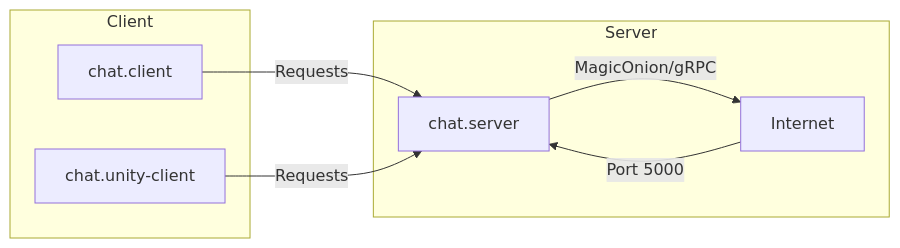
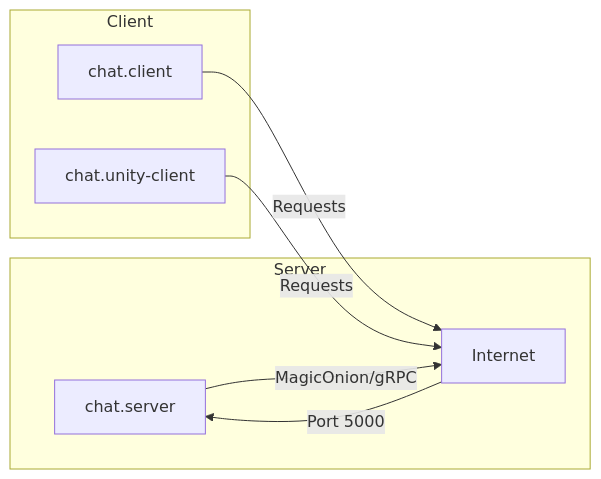
Before and after one commit to humbertodias/unity-magiconion-chat: the diagram in README.md, drawn with Mermaid.

````diff
--- a/README.md
+++ b/README.md
@@ -17,12 +17,12 @@
 ```mermaid
 graph LR;
     subgraph Server
         chat.server -->|MagicOnion/gRPC| Internet
         Internet -->|Port 5000| chat.server
     end
 
     subgraph Client
-        chat.client -->|Requests| chat.server
-        chat.unity-client -->|Requests| chat.server
+        chat.client -->|Requests| Internet
+        chat.unity-client -->|Requests| Internet
     end
 ```
````
